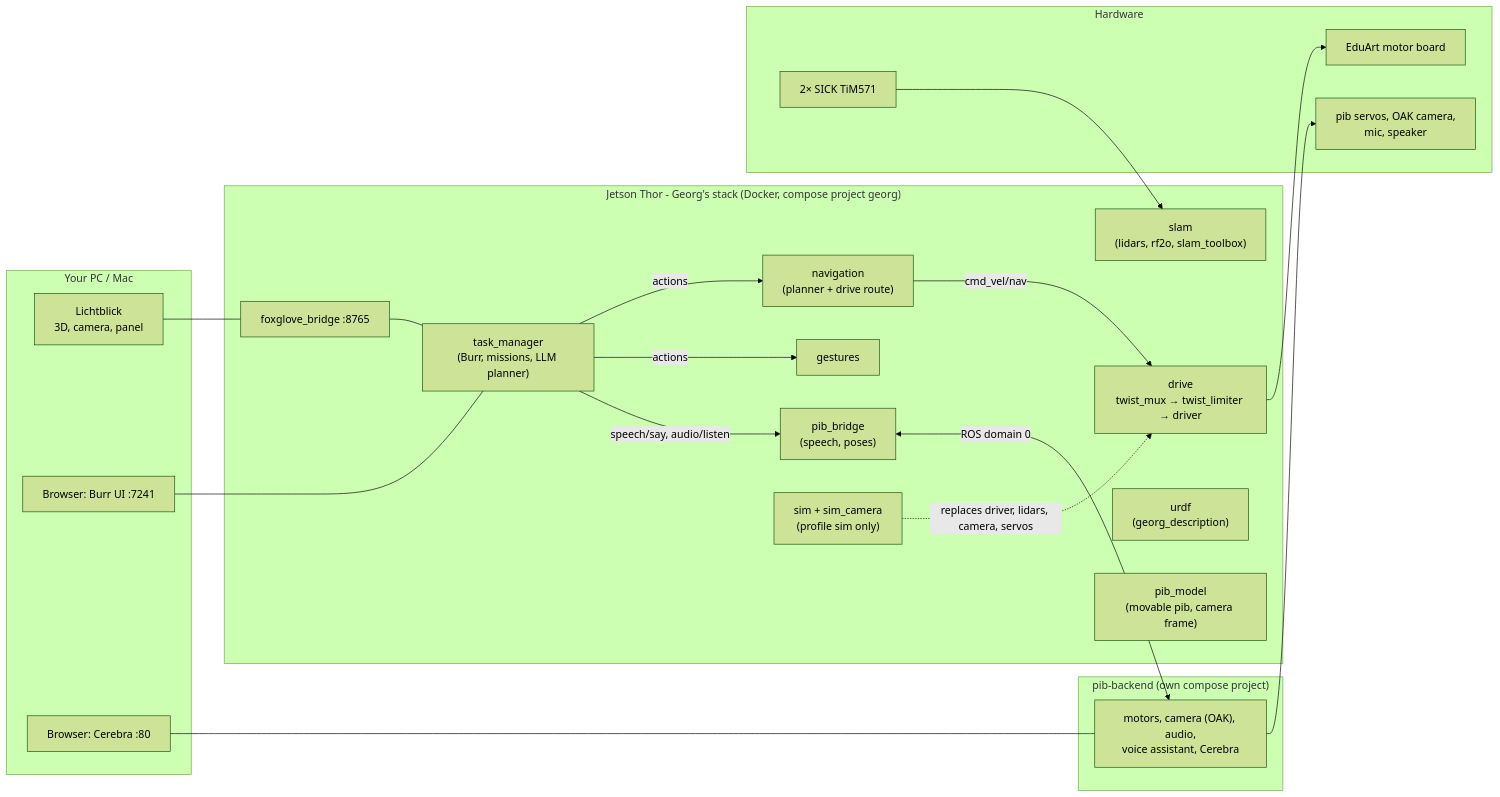
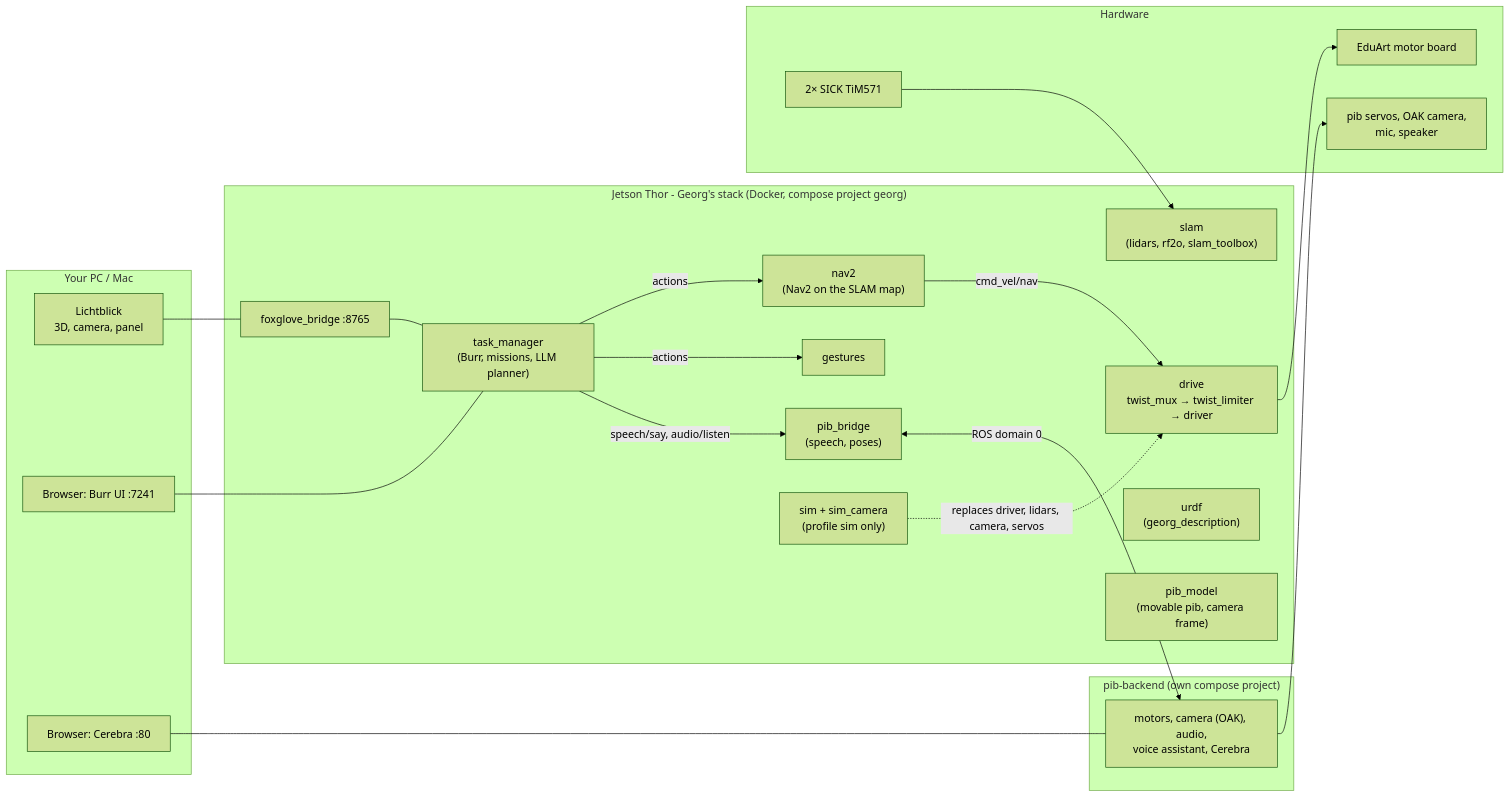
One commit to autonohm/georg_at_home changed the first of 5 diagrams in README.md. Above: the diagram before and after it, drawn with Mermaid (forest theme). The commit also changed other lines of this file and 46 other files, not shown here.

````diff
--- a/README.md
+++ b/README.md
@@ -19,41 +19,41 @@
 ```mermaid
 flowchart LR
   subgraph PC["Your PC / Mac"]
     LB["Lichtblick<br/>3D, camera, panel"]
     BU["Browser: Burr UI :7241"]
     CE["Browser: Cerebra :80"]
   end
   subgraph J["Jetson Thor - Georg's stack (Docker, compose project georg)"]
     FB["foxglove_bridge :8765"]
     TM["task_manager<br/>(Burr, missions, LLM planner)"]
-    NAV["navigation<br/>(planner + drive route)"]
+    NAV["nav2<br/>(Nav2 on the SLAM map)"]
     GES["gestures"]
     DRV["drive<br/>twist_mux → twist_limiter → driver"]
     SLAM["slam<br/>(lidars, rf2o, slam_toolbox)"]
     URDF["urdf<br/>(georg_description)"]
     PM["pib_model<br/>(movable pib, camera frame)"]
     BR["pib_bridge<br/>(speech, poses)"]
     SIM["sim + sim_camera<br/>(profile sim only)"]
   end
   subgraph PB["pib-backend (own compose project)"]
     PBK["motors, camera (OAK), audio,<br/>voice assistant, Cerebra"]
   end
   subgraph HW["Hardware"]
     MB["EduArt motor board"]
     LI["2× SICK TiM571"]
     SV["pib servos, OAK camera,<br/>mic, speaker"]
   end
   LB --- FB
   BU --- TM
   CE --- PBK
   FB --- TM
   TM -->|actions| NAV
   TM -->|actions| GES
   TM -->|"speech/say, audio/listen"| BR
   NAV -->|cmd_vel/nav| DRV
   DRV --> MB
   LI --> SLAM
   BR <-->|ROS domain 0| PBK
   PBK --> SV
   SIM -.->|"replaces driver, lidars, camera, servos"| DRV
 ```
````
